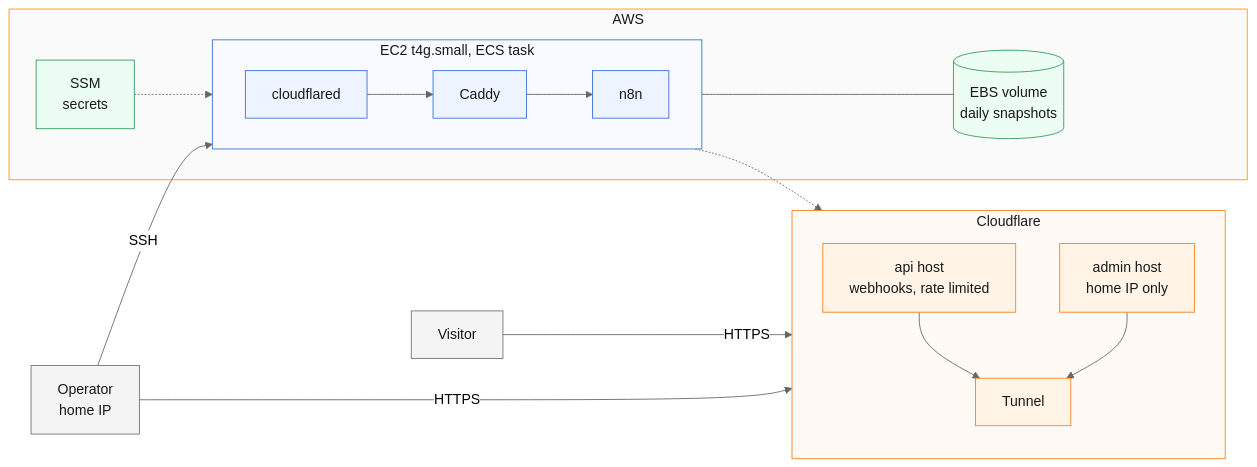
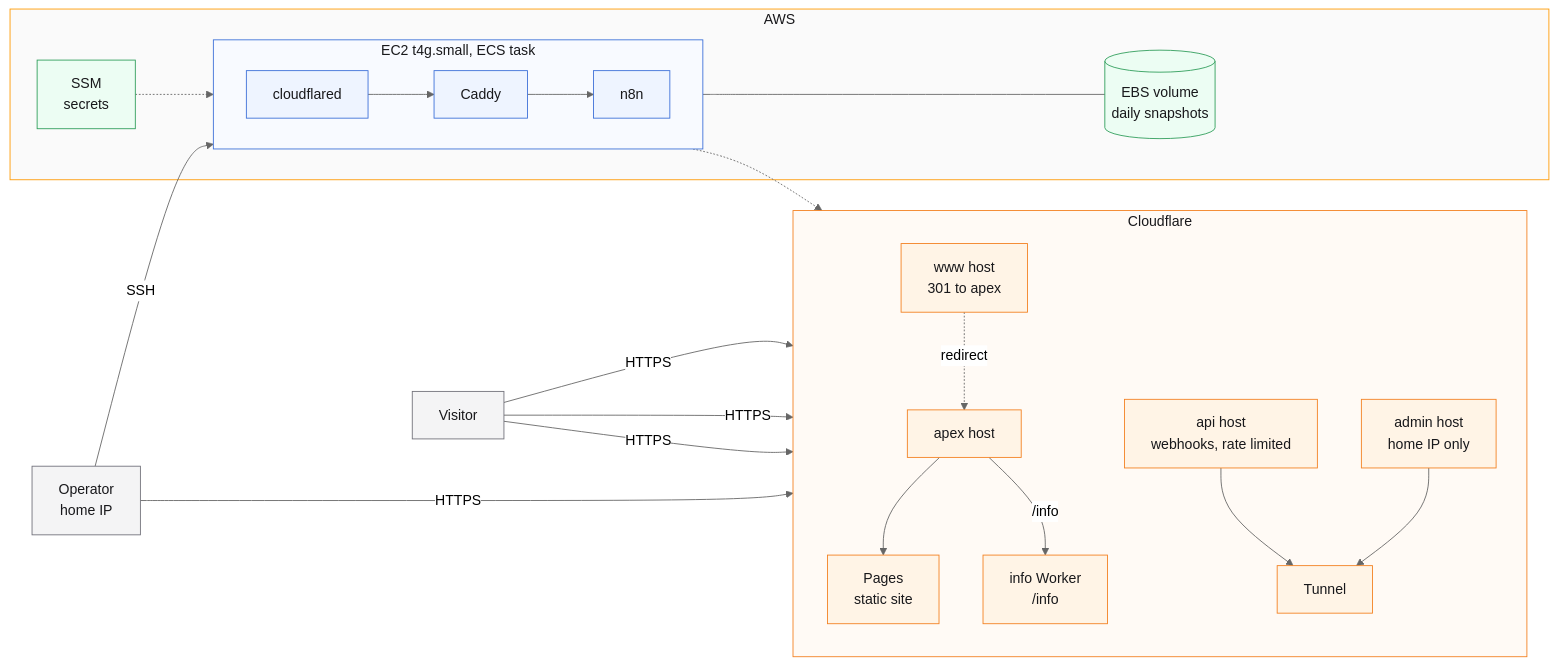
One commit to lvampa/agent-portfolio changed the diagram in infra/docs/networking.md. Above: the diagram before and after it, drawn with Mermaid (neutral theme). The commit also changed 10 other files, not shown here.

Commit message:
Add the site module for Pages and the info Worker

````diff
--- a/infra/docs/networking.md
+++ b/infra/docs/networking.md
@@ -3,44 +3,53 @@
 ```mermaid
 flowchart LR
   visitor["Visitor"]
   operator["Operator<br/>home IP"]
 
   subgraph cf["Cloudflare"]
     direction TB
     apiHost["api host<br/>webhooks, rate limited"]
     adminHost["admin host<br/>home IP only"]
+    wwwHost["www host<br/>301 to apex"]
+    apexHost["apex host"]
+    pages["Pages<br/>static site"]
+    worker["info Worker<br/>/info"]
     tunnel["Tunnel"]
   end
 
   subgraph aws["AWS"]
     subgraph ec2["EC2 t4g.small, ECS task"]
       direction LR
       cloudflared["cloudflared"] --> caddy["Caddy"] --> n8n["n8n"]
     end
     ebs[("EBS volume<br/>daily snapshots")]
     ssm["SSM<br/>secrets"]
   end
 
+  visitor -->|HTTPS| apexHost
+  visitor -->|HTTPS| wwwHost
+  wwwHost -.->|redirect| apexHost
+  apexHost --> pages
+  apexHost -->|/info| worker
   visitor -->|HTTPS| apiHost
   operator -->|HTTPS| adminHost
   apiHost --> tunnel
   adminHost --> tunnel
   cloudflared -.-> tunnel
   n8n --- ebs
   ssm -.-> ec2
   operator -->|SSH| ec2
 
   classDef external fill:#f4f4f5,stroke:#71717a,color:#18181b
   classDef cloudflare fill:#fff4e6,stroke:#f38020,color:#18181b
   classDef compute fill:#eef4ff,stroke:#3b6fd8,color:#18181b
   classDef data fill:#ecfdf3,stroke:#2f9e5b,color:#18181b
 
   class visitor,operator external
-  class apiHost,adminHost,tunnel cloudflare
+  class apiHost,adminHost,wwwHost,apexHost,pages,worker,tunnel cloudflare
   class cloudflared,caddy,n8n compute
   class ebs,ssm data
 
   style cf fill:#fffaf5,stroke:#f38020,color:#18181b
   style aws fill:#fafafa,stroke:#ff9900,color:#18181b
   style ec2 fill:#f8faff,stroke:#3b6fd8,color:#18181b
 ```
````
